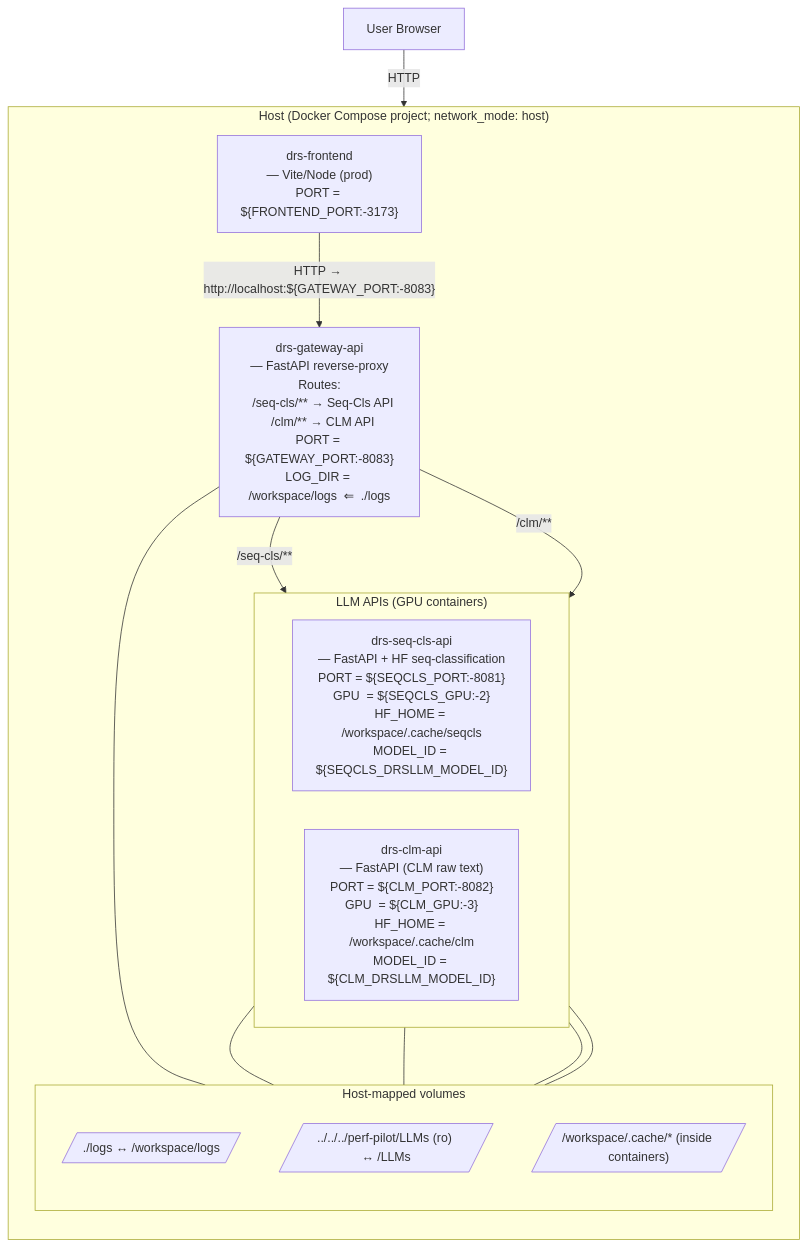
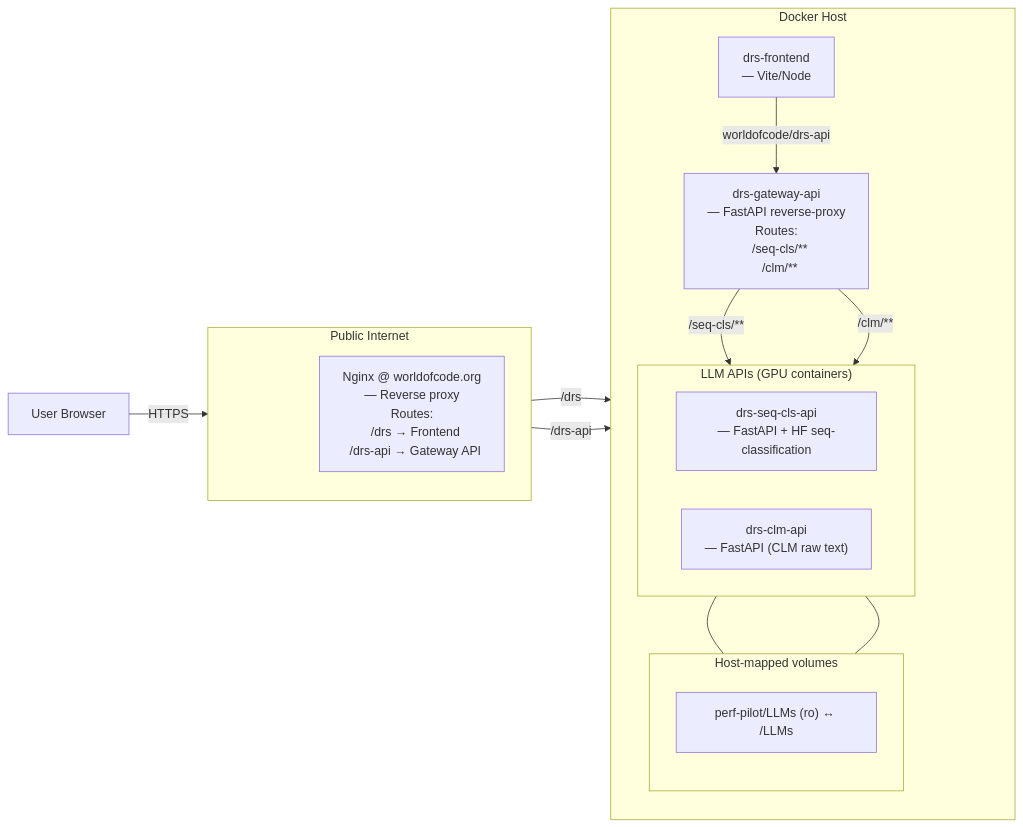
Before and after one commit to Ali-Sayed-Salehi/drs-llm: the diagram in README.md, drawn with Mermaid. The commit also changed other lines of this file and 13 other files, not shown here.

````diff
--- a/README.md
+++ b/README.md
@@ -5,45 +5,53 @@
 ```mermaid
-flowchart TB
+flowchart LR
+  %% Invisible class for spacer nodes
+  classDef ghost fill:none,stroke:none;
+
   %% ==== Client ====
   Browser[User Browser]
 
+  %% ==== Edge / Public ====
+  subgraph Internet["Public Internet"]
+    direction TB
+    i_pad[" "]:::ghost
+    NGINX["Nginx @ worldofcode.org<br/>— Reverse proxy<br/>Routes:<br/>&nbsp;&nbsp;/drs → Frontend<br/>&nbsp;&nbsp;/drs-api → Gateway API"]
+  end
+
   %% ==== Project on Host (Compose) ====
-  subgraph Host["Host (Docker Compose project; network_mode: host)"]
+  subgraph Host["Docker Host"]
     direction TB
+    h_pad[" "]:::ghost
 
     %% Frontend
-    FE["drs-frontend<br/>— Vite/Node (prod)<br/>PORT = ${FRONTEND_PORT:-3173}"]
+    FE["drs-frontend<br/>— Vite/Node"]
 
     %% Gateway
-    GW["drs-gateway-api<br/>— FastAPI reverse-proxy<br/>Routes:<br/>&nbsp;&nbsp;/seq-cls/** → Seq-Cls API<br/>&nbsp;&nbsp;/clm/** → CLM API<br/>PORT = ${GATEWAY_PORT:-8083}<br/>LOG_DIR = /workspace/logs  ⇐  ./logs"]
+    GW["drs-gateway-api<br/>— FastAPI reverse-proxy<br/>Routes:<br/>&nbsp;&nbsp;/seq-cls/** <br/>&nbsp;&nbsp;/clm/** <br/>"]
 
     %% Backends
     subgraph LLMs["LLM APIs (GPU containers)"]
       direction LR
-      SEQ["drs-seq-cls-api<br/>— FastAPI + HF seq-classification<br/>PORT = ${SEQCLS_PORT:-8081}<br/>GPU  = ${SEQCLS_GPU:-2}<br/>HF_HOME = /workspace/.cache/seqcls<br/>MODEL_ID = ${SEQCLS_DRSLLM_MODEL_ID}"]
-      CLM["drs-clm-api<br/>— FastAPI (CLM raw text)<br/>PORT = ${CLM_PORT:-8082}<br/>GPU  = ${CLM_GPU:-3}<br/>HF_HOME = /workspace/.cache/clm<br/>MODEL_ID = ${CLM_DRSLLM_MODEL_ID}"]
+      SEQ["drs-seq-cls-api<br/>— FastAPI + HF seq-classification"]
+      CLM["drs-clm-api<br/>— FastAPI (CLM raw text)"]
     end
 
     %% Shared storage mapped on host
     subgraph Vols["Host-mapped volumes"]
       direction TB
-      LOGS[/"./logs ↔ /workspace/logs"/]
-      MODELS[/"../../../perf-pilot/LLMs (ro) ↔ /LLMs"/]
-      CACHES[/" /workspace/.cache/* (inside containers) "/]
+      MODELS["perf-pilot/LLMs (ro) ↔ /LLMs"]
     end
   end
 
   %% ==== Edges ====
-  Browser -->|"HTTP"| FE
-  FE -->|"HTTP → http://localhost:${GATEWAY_PORT:-8083}"| GW
+  Browser -->|"HTTPS"| NGINX
+  NGINX -->|"/drs"| FE
+  NGINX -->|"/drs-api"| GW
   GW -->|"/seq-cls/**"| SEQ
   GW -->|"/clm/**"| CLM
+  FE --> |"worldofcode/drs-api"| GW
 
   %% Volumes wiring
-  GW --- LOGS
-  SEQ --- LOGS
-  CLM --- LOGS
   SEQ --- MODELS
   CLM --- MODELS
 
 ```
````
